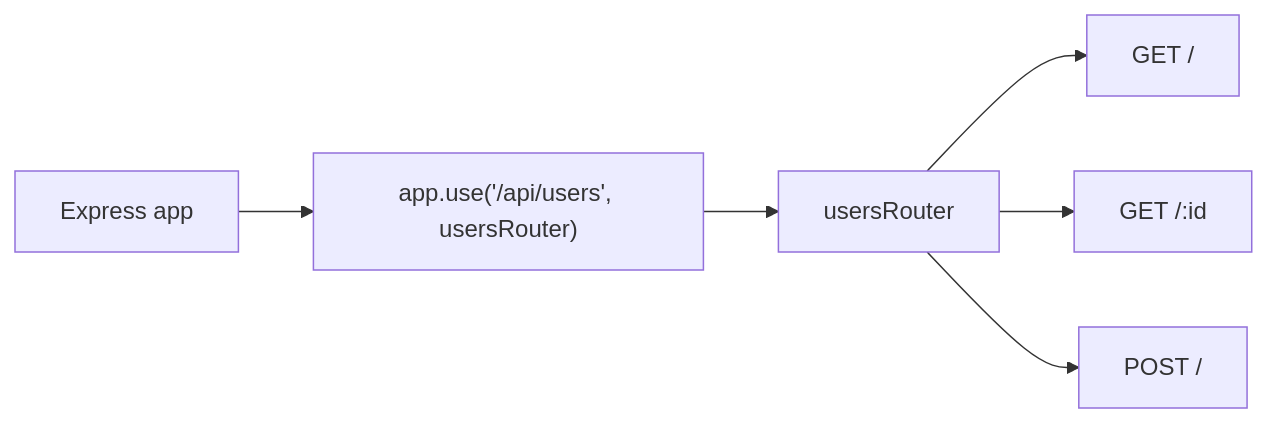
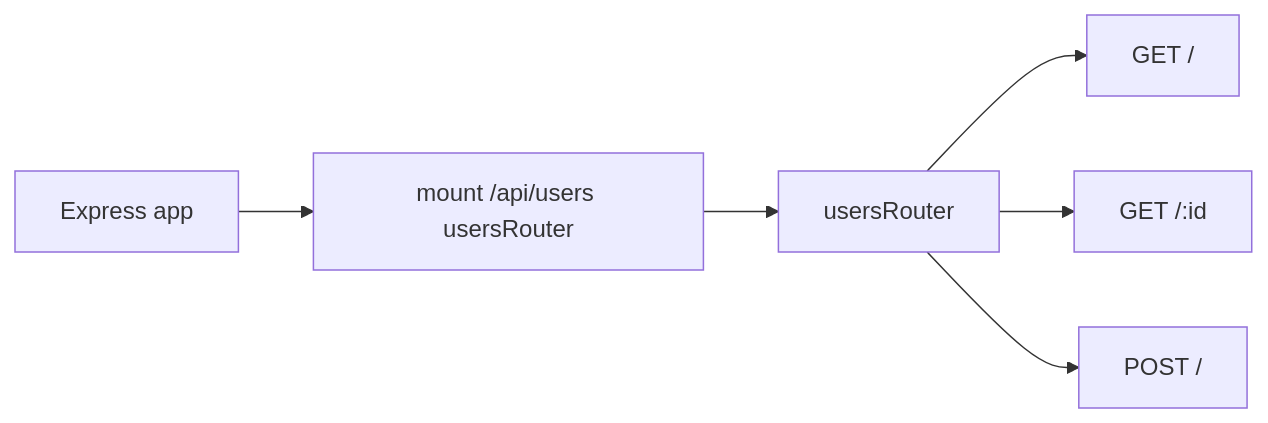
The third of 3 diagrams in level-01-express-basics/lesson-02-routing.md (N-Dave-08/fs-course-backend), drawn with Mermaid before and after one commit. The commit also changed 18 other files, not shown here.

````diff
--- a/level-01-express-basics/lesson-02-routing.md
+++ b/level-01-express-basics/lesson-02-routing.md
@@ -348,8 +348,8 @@
 ```mermaid
 flowchart LR
-  app[Express app] --> mount["app.use('/api/users', usersRouter)"]
+  app[Express app] --> mount["mount /api/users usersRouter"]
   mount --> router[usersRouter]
   router --> r1["GET /"]
   router --> r2["GET /:id"]
   router --> r3["POST /"]
 ```
````
